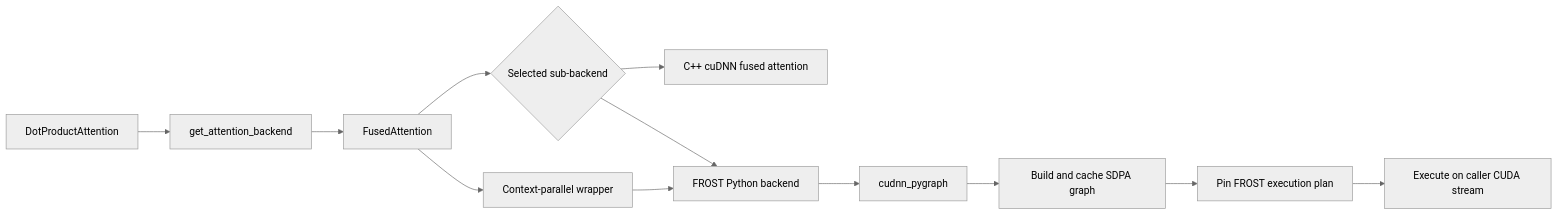
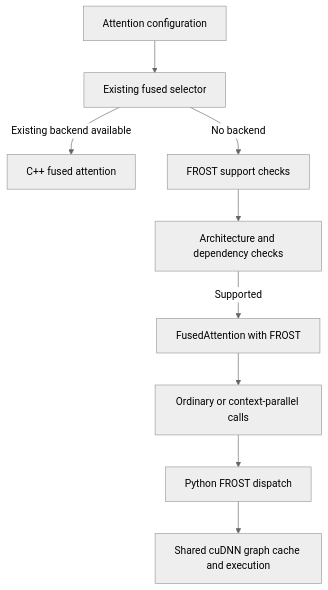
Before and after one commit to yuguo-Jack/HCU-TrainFlow: the diagram in knowledge/projects/transformer-engine/knowledgebase/upstream/prs/NVIDIA--TransformerEngine/PR-3527.md, drawn with Mermaid. The commit also changed other lines of this file and 19088 other files, not shown here.

````diff
--- a/knowledge/projects/transformer-engine/knowledgebase/upstream/prs/NVIDIA--TransformerEngine/PR-3527.md
+++ b/knowledge/projects/transformer-engine/knowledgebase/upstream/prs/NVIDIA--TransformerEngine/PR-3527.md
@@ -695,15 +718,12 @@
 ```mermaid
 %%{init: {'theme': 'neutral'}}%%
-flowchart LR
-    A[DotProductAttention] --> B[get_attention_backend]
-    B --> C[FusedAttention]
-    C --> D{Selected sub-backend}
-    D --> E[C++ cuDNN fused attention]
-    D --> F[FROST Python backend]
-    F --> G[cudnn_pygraph]
-    G --> H[Build and cache SDPA graph]
-    H --> I[Pin FROST execution plan]
-    I --> J[Execute on caller CUDA stream]
-    C --> K[Context-parallel wrapper]
-    K --> F
+flowchart TD
+    A[Attention configuration] --> B[Existing fused selector]
+    B -->|Existing backend available| C[C++ fused attention]
+    B -->|No backend| D[FROST support checks]
+    D --> E[Architecture and dependency checks]
+    E -->|Supported| F[FusedAttention with FROST]
+    F --> G[Ordinary or context-parallel calls]
+    G --> H[Python FROST dispatch]
+    H --> I[Shared cuDNN graph cache and execution]
 ```
````
